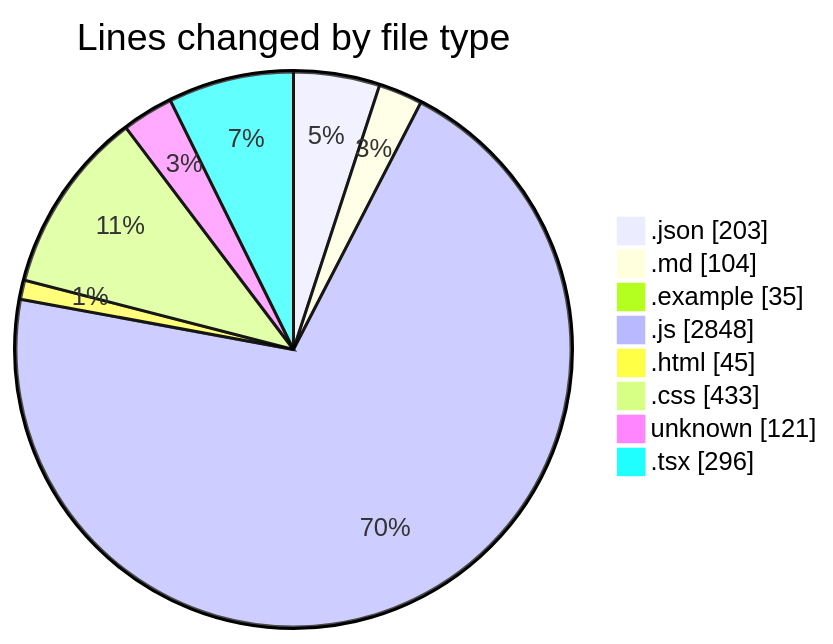
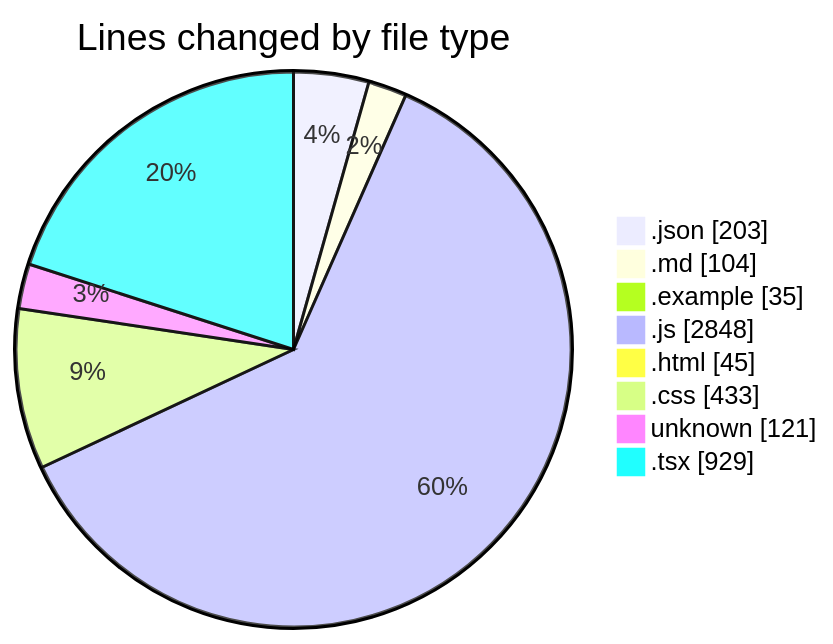
Before and after one commit to lephambinh05/code-tracking: the first of 2 diagrams in 2025-08-05/napxuvn/README.md, drawn with Mermaid. The commit also changed other lines of this file and 1 other file, not shown here.

````diff
--- a/2025-08-05/napxuvn/README.md
+++ b/2025-08-05/napxuvn/README.md
@@ -48,12 +52,12 @@
 ```mermaid
 pie showData
 title Lines changed by file type
 ".json" : 203
 ".md" : 104
 ".example" : 35
 ".js" : 2848
 ".html" : 45
 ".css" : 433
 "unknown" : 121
-".tsx" : 296
+".tsx" : 929
 ```
````
